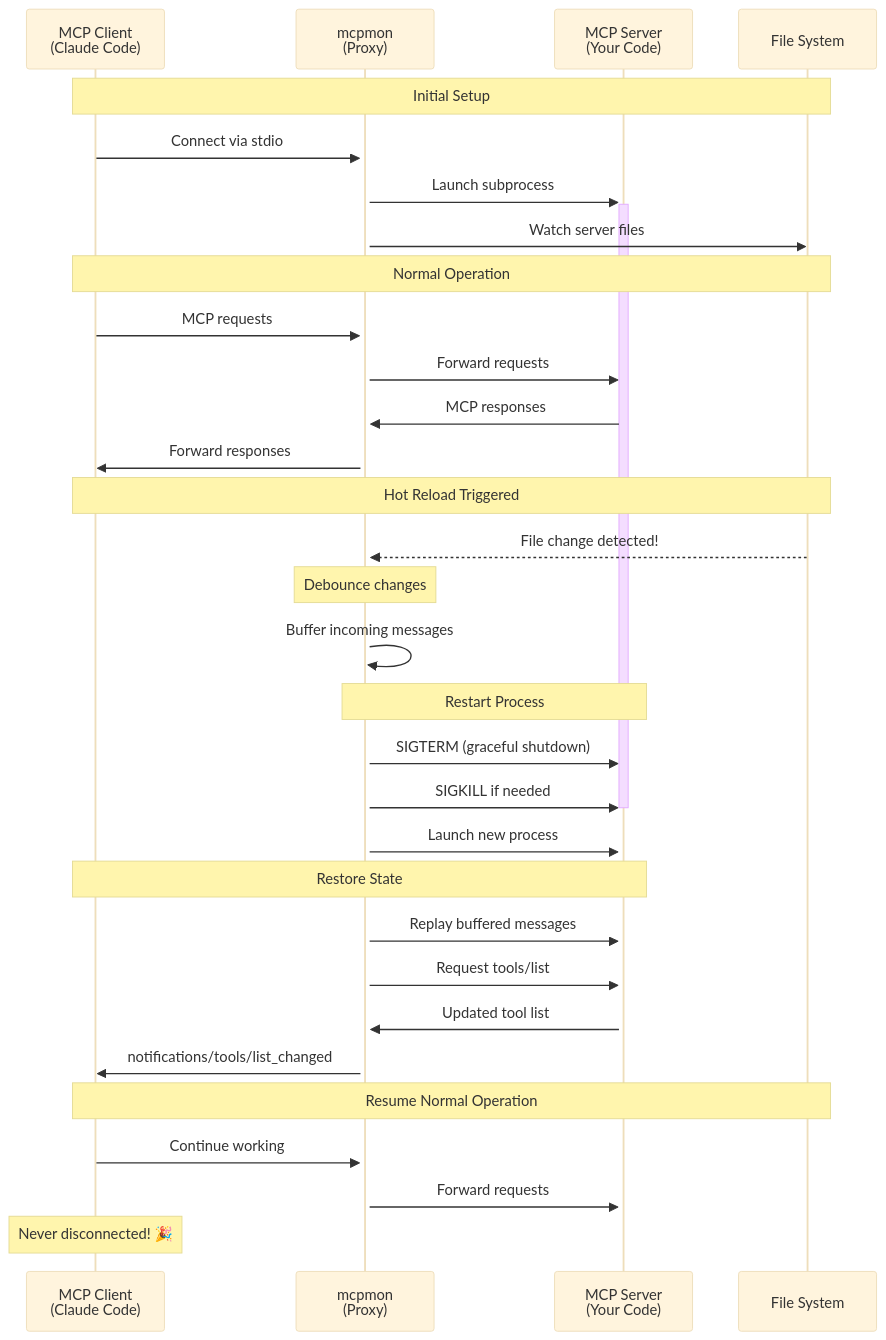
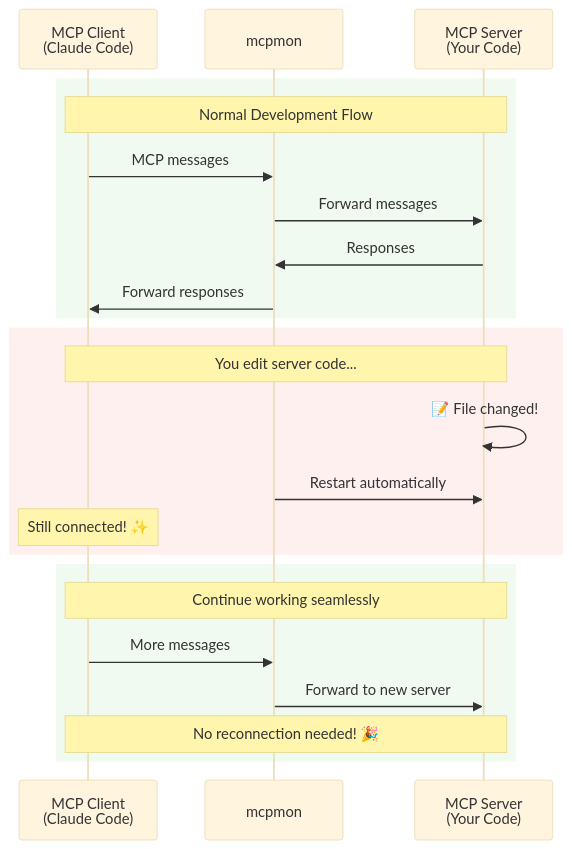
One commit to neilopet/mcp-server-hmr changed the diagram in README.md. Above: the diagram before and after it, drawn with Mermaid (base theme).

Commit message:
docs: Simplify sequence diagram for README clarity
Replaced overly detailed technical sequence diagram with a high-level
user-focused flow that better suits a README:

- Removed implementation details (SIGTERM, buffering, tool lists)
- Added colored sections to visually separate phases
- Focused on the user experience: edit → auto-restart → keep working
- Used emojis to make it more approachable
- Emphasized key benefit: "Still connected\!" during restart

The detailed technical diagram would be better suited for the
architecture documentation rather than the project README.

🤖 Generated with [Claude Code](https://claude.ai/code)

````diff
--- a/README.md
+++ b/README.md
@@ -134,40 +134,28 @@
 ```mermaid
 sequenceDiagram
     participant Client as MCP Client<br/>(Claude Code)
-    participant Proxy as mcpmon<br/>(Proxy)
+    participant mcpmon
     participant Server as MCP Server<br/>(Your Code)
-    participant FS as File System
-
-    Note over Client,FS: Initial Setup
-    Client->>+Proxy: Connect via stdio
-    Proxy->>+Server: Launch subprocess
-    Proxy->>FS: Watch server files
     
-    Note over Client,FS: Normal Operation
-    Client->>Proxy: MCP requests
-    Proxy->>Server: Forward requests
-    Server->>Proxy: MCP responses
-    Proxy->>Client: Forward responses
+    rect rgb(240, 250, 240)
+        Note over Client,Server: Normal Development Flow
+        Client->>mcpmon: MCP messages
+        mcpmon->>Server: Forward messages
+        Server->>mcpmon: Responses
+        mcpmon->>Client: Forward responses
+    end
     
-    Note over Client,FS: Hot Reload Triggered
-    FS-->>Proxy: File change detected!
-    Note over Proxy: Debounce changes
-    Proxy->>Proxy: Buffer incoming messages
+    rect rgb(255, 240, 240)
+        Note over Client,Server: You edit server code...
+        Server->>Server: 📝 File changed!
+        mcpmon->>Server: Restart automatically
+        Note over Client: Still connected! ✨
+    end
     
-    Note over Proxy,Server: Restart Process
-    Proxy->>Server: SIGTERM (graceful shutdown)
-    Proxy->>Server: SIGKILL if needed
-    deactivate Server
-    Proxy->>+Server: Launch new process
-    
-    Note over Client,Server: Restore State
-    Proxy->>Server: Replay buffered messages
-    Proxy->>Server: Request tools/list
-    Server->>Proxy: Updated tool list
-    Proxy->>Client: notifications/tools/list_changed
-    
-    Note over Client,FS: Resume Normal Operation
-    Client->>Proxy: Continue working
-    Proxy->>Server: Forward requests
-    Note over Client: Never disconnected! 🎉
+    rect rgb(240, 250, 240)
+        Note over Client,Server: Continue working seamlessly
+        Client->>mcpmon: More messages
+        mcpmon->>Server: Forward to new server
+        Note over Client,Server: No reconnection needed! 🎉
+    end
 ```
````
